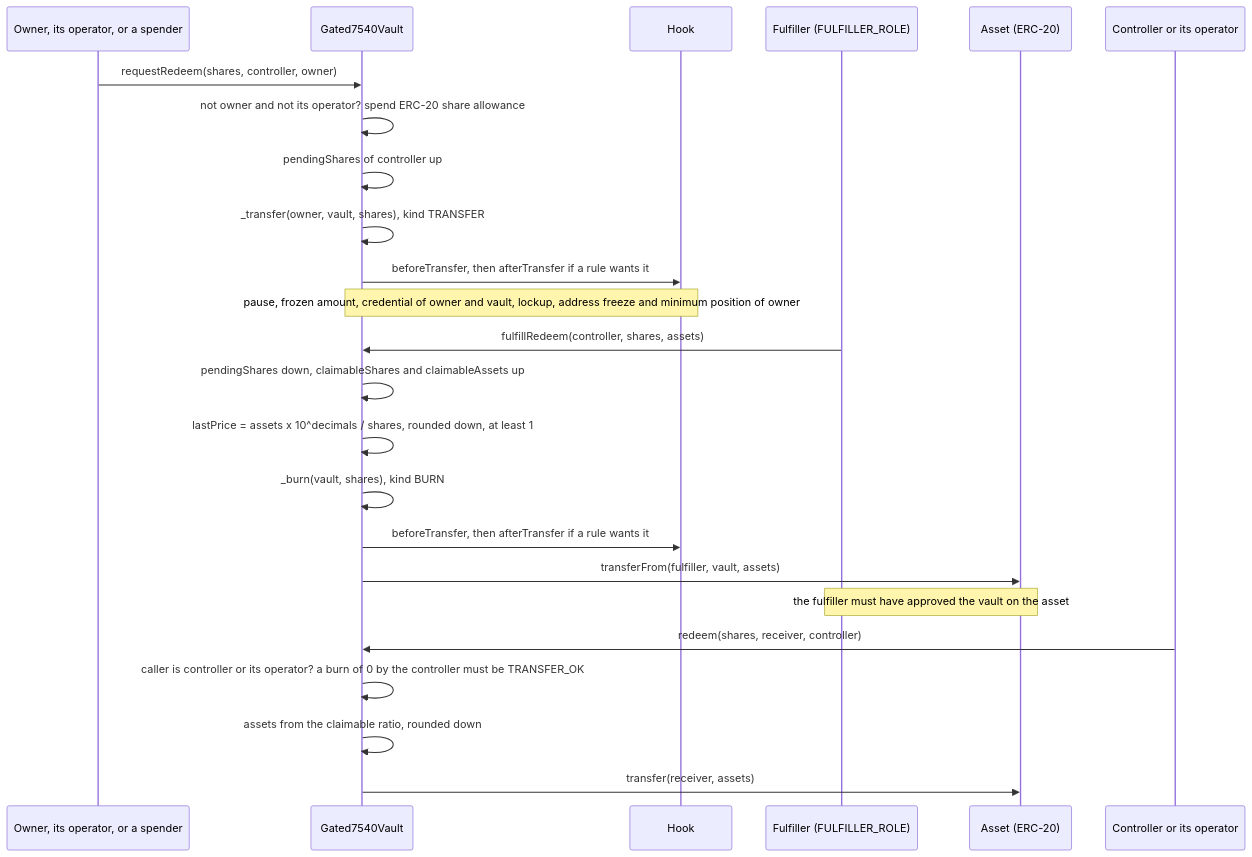
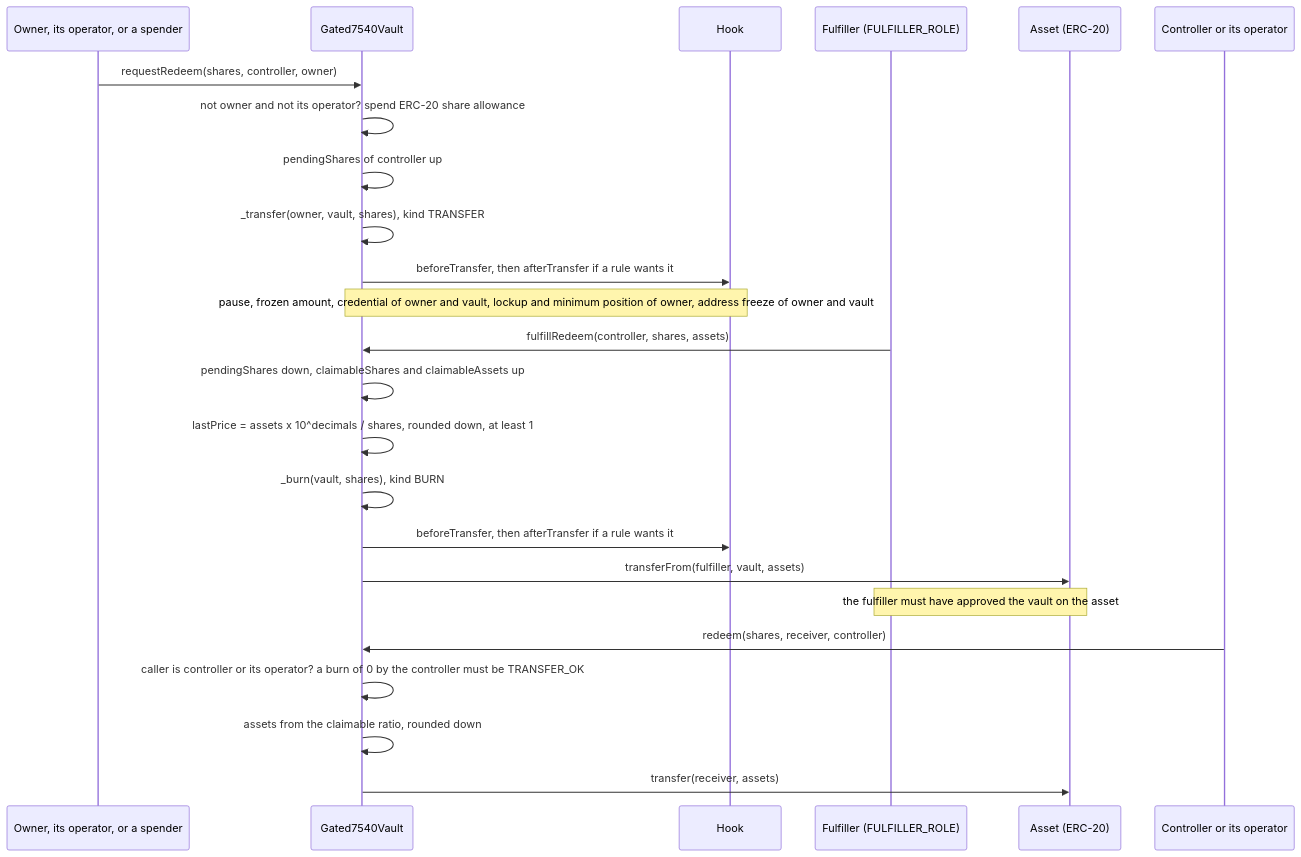
One commit to fepvenancio/rwa-token changed the fourth of 6 diagrams in docs/flows-vaults.md. Above: the diagram before and after it, drawn with Mermaid. The commit also changed other lines of this file and 10 other files, not shown here.

````diff
--- a/docs/flows-vaults.md
+++ b/docs/flows-vaults.md
@@ -153,29 +153,29 @@
 ```mermaid
 sequenceDiagram
   participant O as Owner, its operator, or a spender
   participant V as Gated7540Vault
   participant H as Hook
   participant F as Fulfiller (FULFILLER_ROLE)
   participant A as Asset (ERC-20)
   participant K as Controller or its operator
 
   O->>V: requestRedeem(shares, controller, owner)
   V->>V: not owner and not its operator? spend ERC-20 share allowance
   V->>V: pendingShares of controller up
   V->>V: _transfer(owner, vault, shares), kind TRANSFER
   V->>H: beforeTransfer, then afterTransfer if a rule wants it
-  Note over V,H: pause, frozen amount, credential of owner and vault, lockup, address freeze and minimum position of owner
+  Note over V,H: pause, frozen amount, credential of owner and vault, lockup and minimum position of owner, address freeze of owner and vault
 
   F->>V: fulfillRedeem(controller, shares, assets)
   V->>V: pendingShares down, claimableShares and claimableAssets up
   V->>V: lastPrice = assets x 10^decimals / shares, rounded down, at least 1
   V->>V: _burn(vault, shares), kind BURN
   V->>H: beforeTransfer, then afterTransfer if a rule wants it
   V->>A: transferFrom(fulfiller, vault, assets)
   Note over F,A: the fulfiller must have approved the vault on the asset
 
   K->>V: redeem(shares, receiver, controller)
   V->>V: caller is controller or its operator? a burn of 0 by the controller must be TRANSFER_OK
   V->>V: assets from the claimable ratio, rounded down
   V->>A: transfer(receiver, assets)
 ```
````
